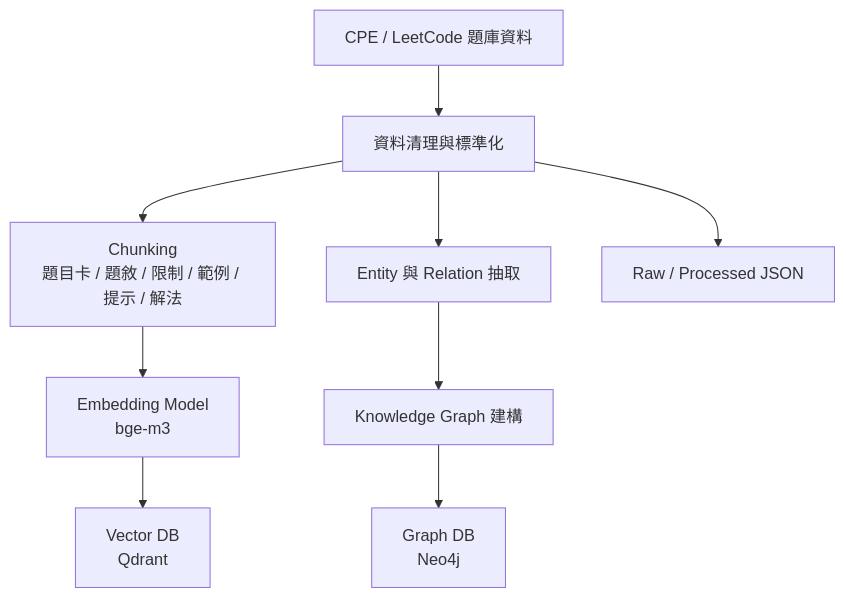
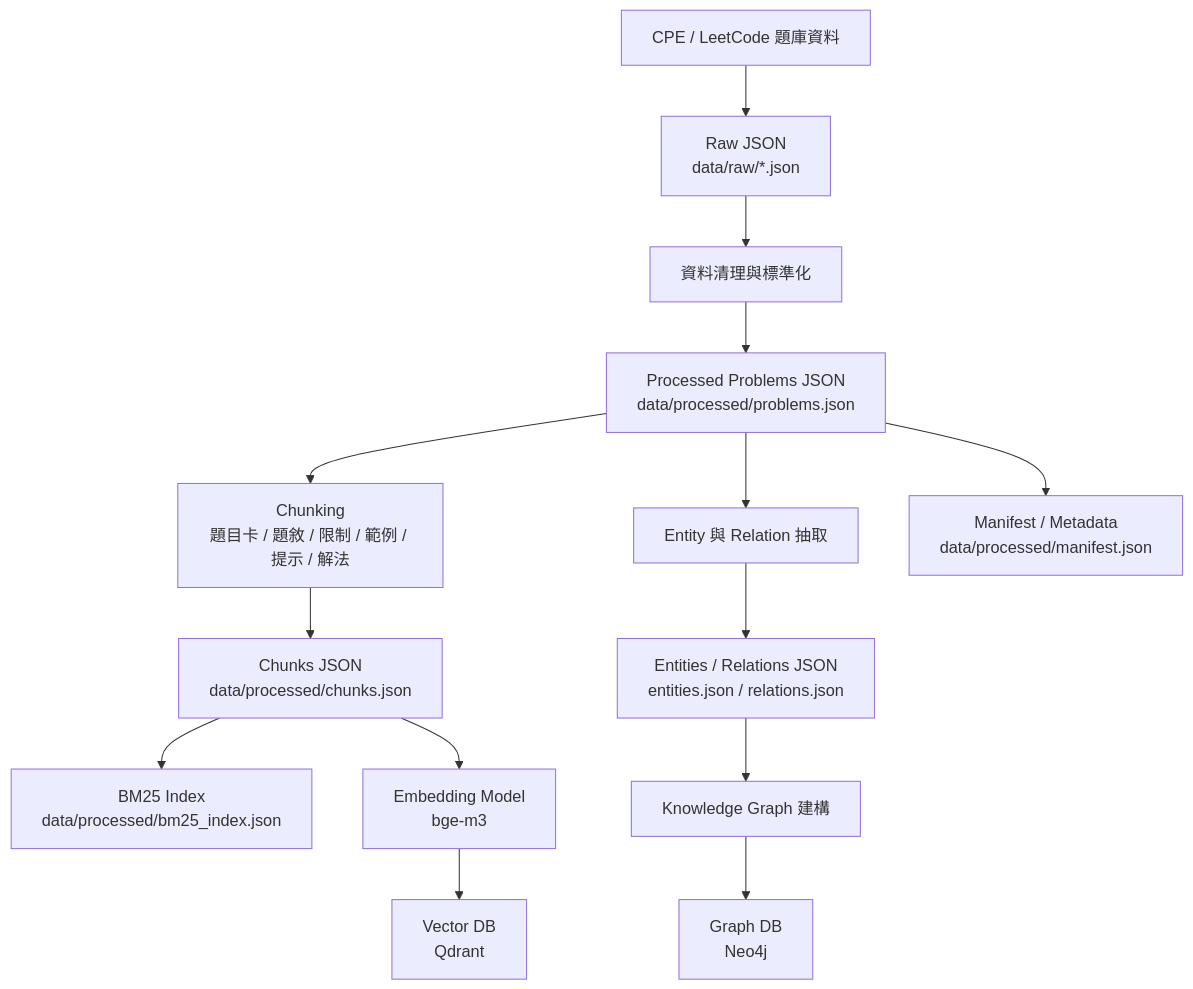
Before and after one commit to ray910408/knowledgegraph_rag: the first of 2 diagrams in README.md, drawn with Mermaid.

````diff
--- a/README.md
+++ b/README.md
@@ -18,11 +18,19 @@
 ```mermaid
 flowchart TD
-  A["CPE / LeetCode 題庫資料"] --> B["資料清理與標準化"]
-  B --> C["Chunking<br/>題目卡 / 題敘 / 限制 / 範例 / 提示 / 解法"]
-  B --> D["Entity 與 Relation 抽取"]
-  B --> E["Raw / Processed JSON"]
-  C --> F["Embedding Model<br/>bge-m3"]
-  F --> G["Vector DB<br/>Qdrant"]
-  D --> H["Knowledge Graph 建構"]
-  H --> I["Graph DB<br/>Neo4j"]
+  A["CPE / LeetCode 題庫資料"] --> R["Raw JSON<br/>data/raw/*.json"]
+  R --> B["資料清理與標準化"]
+  B --> P["Processed Problems JSON<br/>data/processed/problems.json"]
+
+  P --> C["Chunking<br/>題目卡 / 題敘 / 限制 / 範例 / 提示 / 解法"]
+  C --> CJ["Chunks JSON<br/>data/processed/chunks.json"]
+  CJ --> BM["BM25 Index<br/>data/processed/bm25_index.json"]
+  CJ --> E["Embedding Model<br/>bge-m3"]
+  E --> V["Vector DB<br/>Qdrant"]
+
+  P --> X["Entity 與 Relation 抽取"]
+  X --> ER["Entities / Relations JSON<br/>entities.json / relations.json"]
+  ER --> K["Knowledge Graph 建構"]
+  K --> G["Graph DB<br/>Neo4j"]
+
+  P --> M["Manifest / Metadata<br/>data/processed/manifest.json"]
 ```
````
